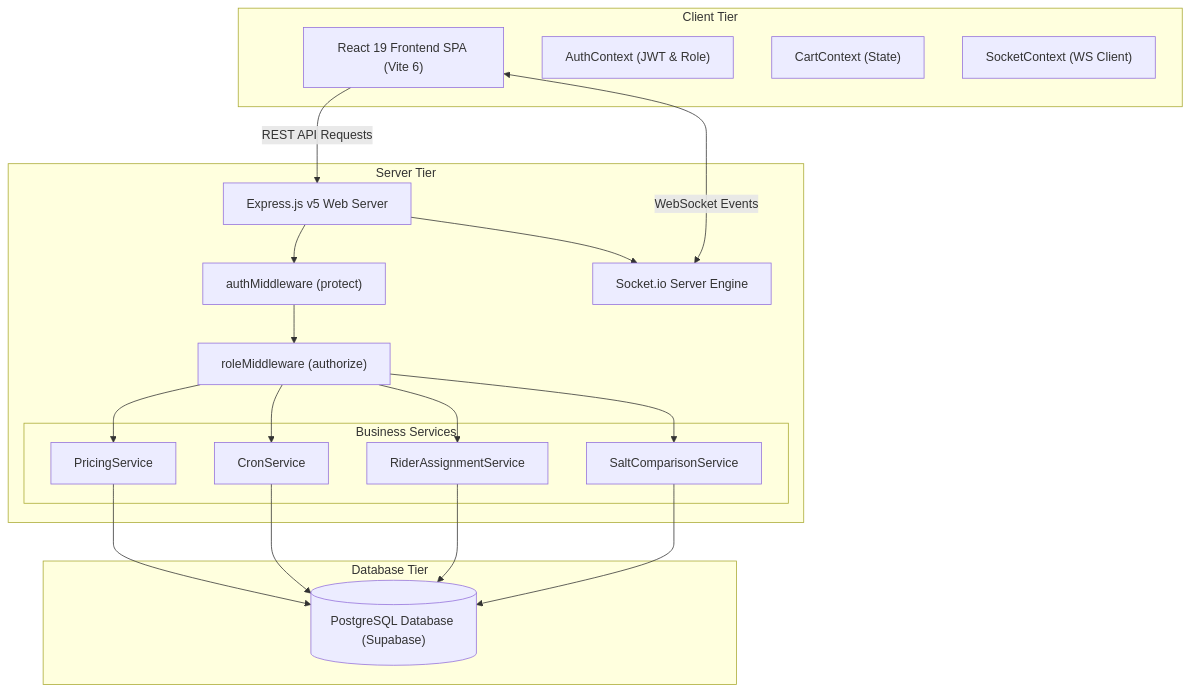
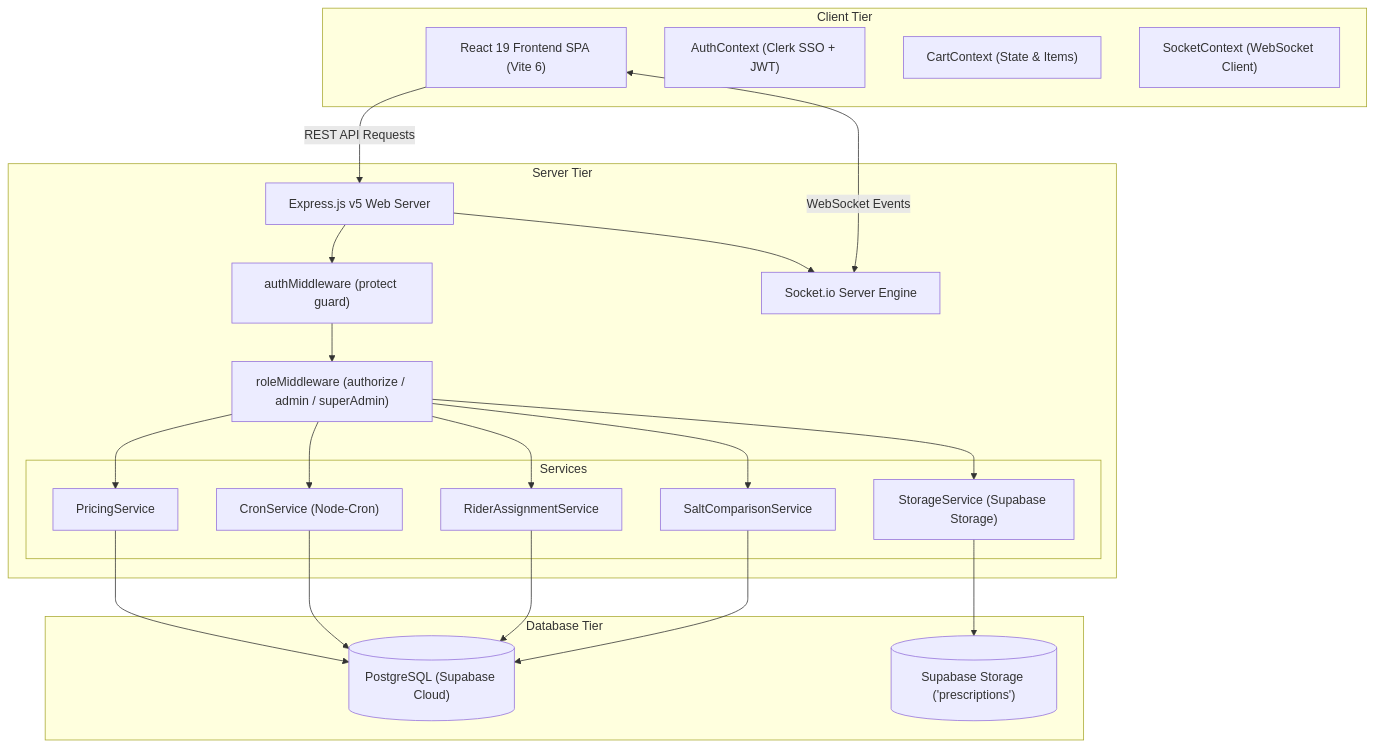
Before and after one commit to em-srs/Medifly: the first of 2 diagrams in README.md, drawn with Mermaid. The commit also changed other lines of this file and 1 other file, not shown here.

Commit message:
docs: update README.md and notes.md with current PostgreSQL architecture, Clerk auth, system flow diagrams, ERD, and production updates

````diff
--- a/README.md
+++ b/README.md
@@ -165,42 +134,46 @@
 ```mermaid
 graph TB
     subgraph Client Tier
         UI["React 19 Frontend SPA (Vite 6)"]
-        AC["AuthContext (JWT & Role)"]
-        CC["CartContext (State)"]
-        SC["SocketContext (WS Client)"]
+        AC["AuthContext (Clerk SSO + JWT)"]
+        CC["CartContext (State & Items)"]
+        SC["SocketContext (WebSocket Client)"]
     end
 
     subgraph Server Tier
         EX["Express.js v5 Web Server"]
-        MW_A["authMiddleware (protect)"]
-        MW_R["roleMiddleware (authorize)"]
+        MW_A["authMiddleware (protect guard)"]
+        MW_R["roleMiddleware (authorize / admin / superAdmin)"]
         
-        subgraph Business Services
+        subgraph Services
             PS["PricingService"]
-            CS["CronService"]
+            CS["CronService (Node-Cron)"]
             RAS["RiderAssignmentService"]
             SCS["SaltComparisonService"]
+            SS["StorageService (Supabase Storage)"]
         end
         
         SIO["Socket.io Server Engine"]
     end
 
     subgraph Database Tier
-        DB[("PostgreSQL Database (Supabase)")]
+        DB[("PostgreSQL (Supabase Cloud)")]
+        ST[("Supabase Storage ('prescriptions')")]
     end
 
     UI -->|REST API Requests| EX
     UI <-->|WebSocket Events| SIO
     EX --> MW_A
     MW_A --> MW_R
     MW_R --> PS
     MW_R --> CS
     MW_R --> RAS
     MW_R --> SCS
+    MW_R --> SS
     PS --> DB
     CS --> DB
     RAS --> DB
     SCS --> DB
+    SS --> ST
     EX --> SIO
 ```
````
